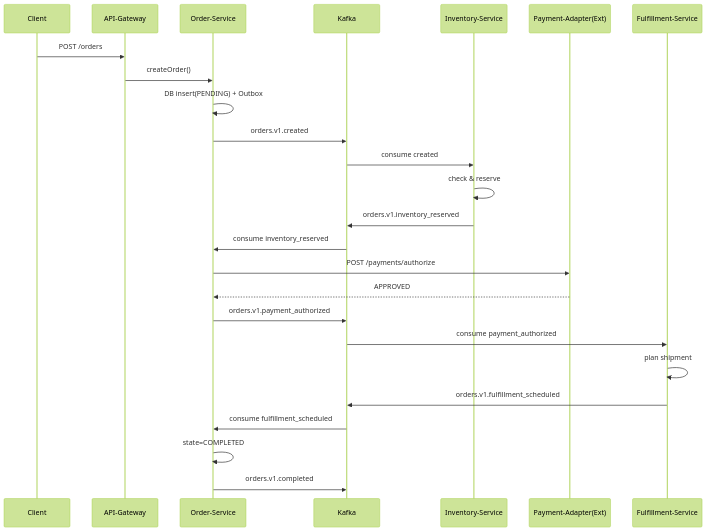
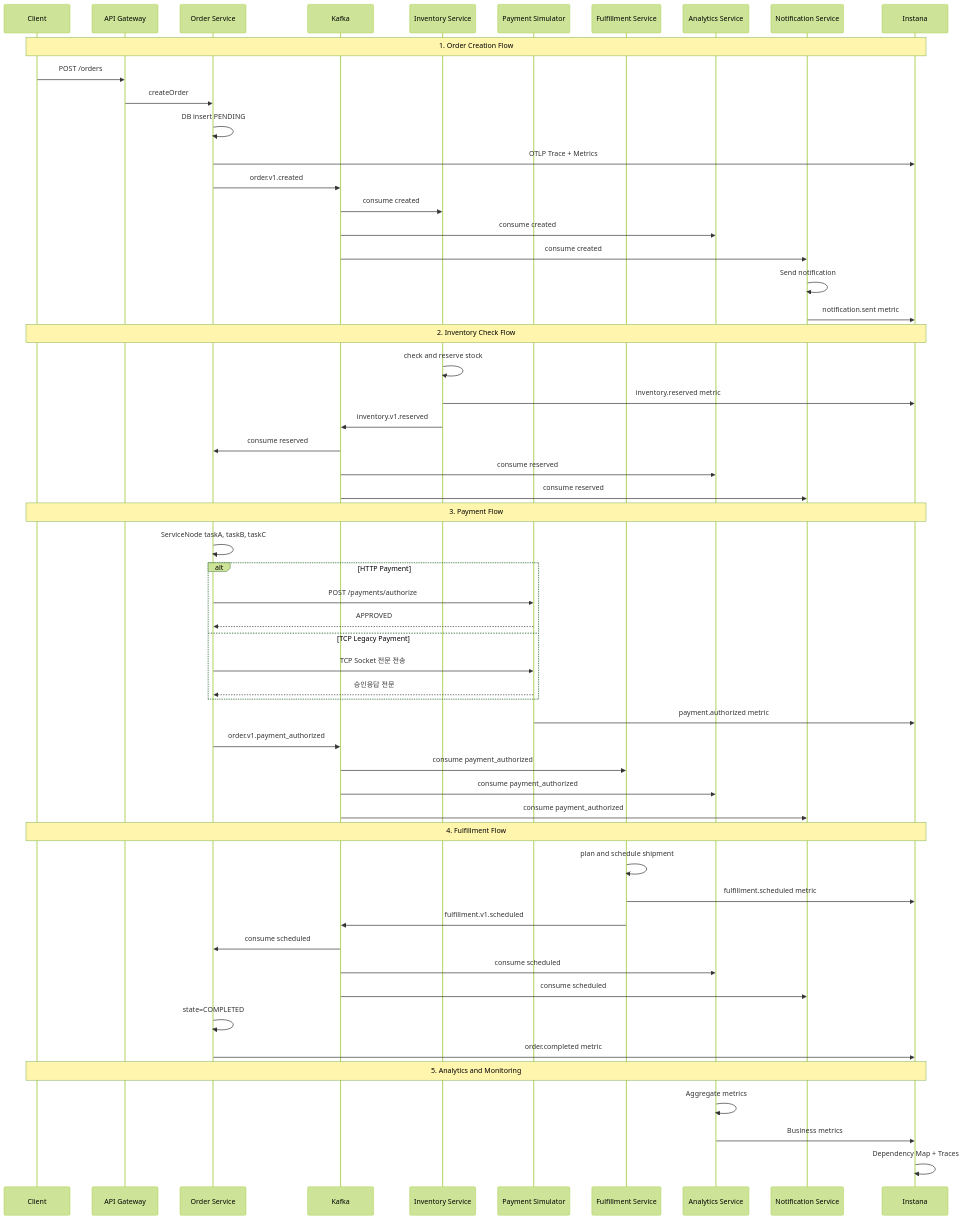
Before and after one commit to omg-dev-tech/workshop-eda: the second of 2 diagrams in arch.md, drawn with Mermaid (forest theme). The commit also changed other lines of this file and 69 other files, not shown here.

````diff
--- a/arch.md
+++ b/arch.md
@@ -32,30 +51,65 @@
 ```mermaid
-
 sequenceDiagram
   participant C as Client
-  participant G as API-Gateway
-  participant O as Order-Service
+  participant G as API Gateway
+  participant O as Order Service
   participant K as Kafka
-  participant I as Inventory-Service
-  participant P as Payment-Adapter(Ext)
-  participant F as Fulfillment-Service
+  participant I as Inventory Service
+  participant P as Payment Simulator
+  participant F as Fulfillment Service
+  participant A as Analytics Service
+  participant N as Notification Service
+  participant INS as Instana
 
+  Note over C,INS: 1. Order Creation Flow
   C->>G: POST /orders
-  G->>O: createOrder()
-  O->>O: DB insert(PENDING) + Outbox
-  O->>K: orders.v1.created
+  G->>O: createOrder
+  O->>O: DB insert PENDING
+  O->>INS: OTLP Trace + Metrics
+  O->>K: order.v1.created
   K->>I: consume created
-  I->>I: check & reserve
-  I->>K: orders.v1.inventory_reserved
-  K->>O: consume inventory_reserved
-  O->>P: POST /payments/authorize
-  P-->>O: APPROVED
-  O->>K: orders.v1.payment_authorized
+  K->>A: consume created
+  K->>N: consume created
+  N->>N: Send notification
+  N->>INS: notification.sent metric
+
+  Note over C,INS: 2. Inventory Check Flow
+  I->>I: check and reserve stock
+  I->>INS: inventory.reserved metric
+  I->>K: inventory.v1.reserved
+  K->>O: consume reserved
+  K->>A: consume reserved
+  K->>N: consume reserved
+
+  Note over C,INS: 3. Payment Flow
+  O->>O: ServiceNode taskA, taskB, taskC
+  
+  alt HTTP Payment
+    O->>P: POST /payments/authorize
+    P-->>O: APPROVED
+  else TCP Legacy Payment
+    O->>P: TCP Socket 전문 전송
+    P-->>O: 승인응답 전문
+  end
+  
+  P->>INS: payment.authorized metric
+  O->>K: order.v1.payment_authorized
   K->>F: consume payment_authorized
-  F->>F: plan shipment
-  F->>K: orders.v1.fulfillment_scheduled
-  K->>O: consume fulfillment_scheduled
+  K->>A: consume payment_authorized
+  K->>N: consume payment_authorized
+
+  Note over C,INS: 4. Fulfillment Flow
+  F->>F: plan and schedule shipment
+  F->>INS: fulfillment.scheduled metric
+  F->>K: fulfillment.v1.scheduled
+  K->>O: consume scheduled
+  K->>A: consume scheduled
+  K->>N: consume scheduled
   O->>O: state=COMPLETED
-  O->>K: orders.v1.completed
+  O->>INS: order.completed metric
 
+  Note over C,INS: 5. Analytics and Monitoring
+  A->>A: Aggregate metrics
+  A->>INS: Business metrics
+  INS->>INS: Dependency Map + Traces
 ```
````
